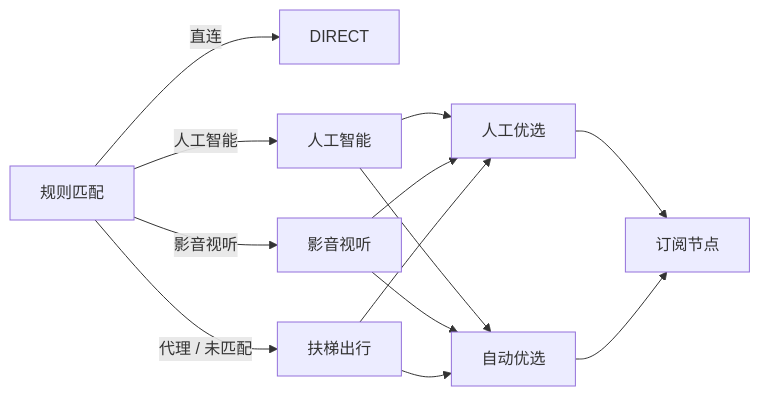
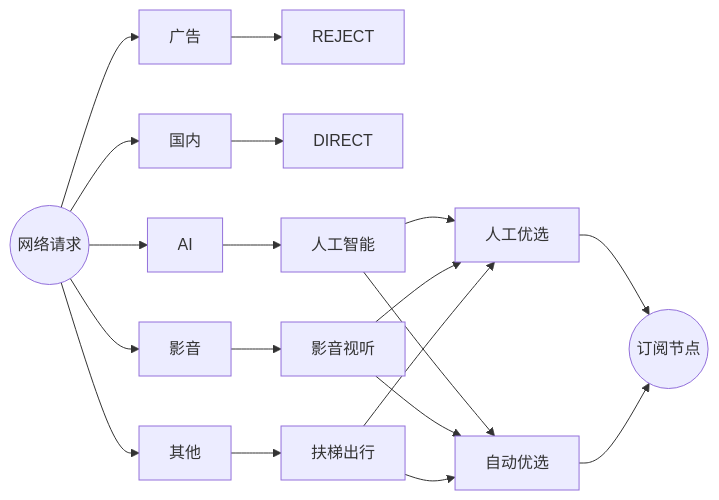
Before and after one commit to akaspyrean/clashedge: the first of 5 diagrams in README.md, drawn with Mermaid. The commit also changed other lines of this file, not shown here.

````diff
--- a/README.md
+++ b/README.md
@@ -73,19 +79,29 @@
 ```mermaid
 flowchart LR
-    A[规则匹配]
+    A((网络请求))
 
-    A -->|直连| D[DIRECT]
-    A -->|人工智能| AI[人工智能]
-    A -->|影音视听| M[影音视听]
-    A -->|代理 / 未匹配| P[扶梯出行]
+    A --> AD[广告]
+    A --> CN[国内]
+    A --> AI[AI]
+    A --> M[影音]
+    A --> P[其他]
 
-    AI --> U[人工优选]
-    AI --> T[自动优选]
-    M --> U
-    M --> T
-    P --> U
-    P --> T
+    AD --> X[REJECT]
+    CN --> D[DIRECT]
 
-    U --> N[订阅节点]
+    AI --> S1[人工智能]
+    M --> S2[影音视听]
+    P --> S3[扶梯出行]
+
+    S1 --> U[人工优选]
+    S1 --> T[自动优选]
+
+    S2 --> U
+    S2 --> T
+
+    S3 --> U
+    S3 --> T
+
+    U --> N((订阅节点))
     T --> N
 ```
````
